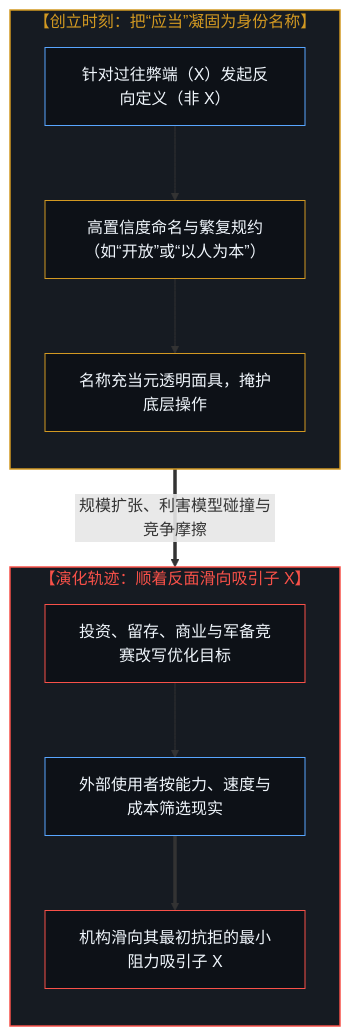
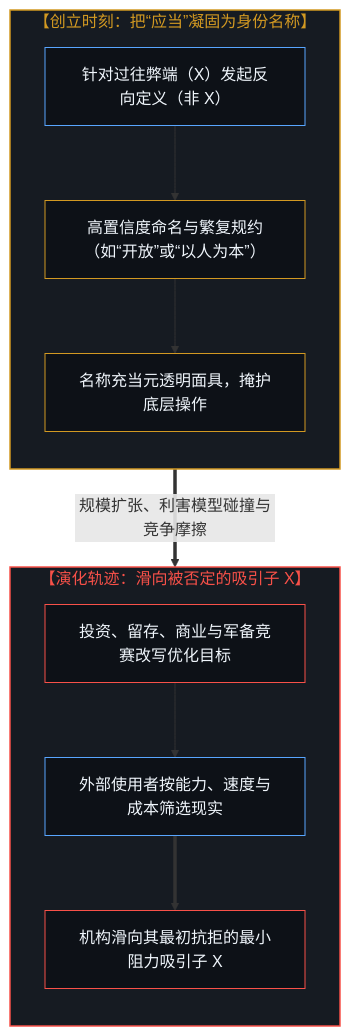
The first of 2 diagrams in content/posts/name-negation-tendency.md (powerpig99/not-a-toe), drawn with Mermaid before and after one commit. The commit also changed other lines of this file and 4 other files, not shown here.

````diff
--- a/content/posts/name-negation-tendency.md
+++ b/content/posts/name-negation-tendency.md
@@ -49,29 +39,26 @@
 ```mermaid
 flowchart TD
     subgraph S_Founding["【创立时刻：把“应当”凝固为身份名称】"]
         direction TB
         React["针对过往弊端（X）发起反向定义（非 X）"]
         HighConf["高置信度命名与繁复规约（如“开放”或“以人为本”）"]
         Mask["名称充当元透明面具，掩护底层操作"]
         React --> HighConf --> Mask
     end
-
     S_Founding ==>|"规模扩张、利害模型碰撞与竞争摩擦"| S_Inversion
-
-    subgraph S_Inversion["【演化轨迹：顺着反面滑向吸引子 X】"]
+    subgraph S_Inversion["【演化轨迹：滑向被否定的吸引子 X】"]
         direction TB
         Collision["投资、留存、商业与军备竞赛改写优化目标"]
         Actualizers["外部使用者按能力、速度与成本筛选现实"]
         Opposite["机构滑向其最初抗拒的最小阻力吸引子 X"]
         Collision --> Actualizers ==> Opposite
     end
-
     style S_Founding fill:#161b22,stroke:#d29922,stroke-width:1.5px,color:#d29922
     style S_Inversion fill:#161b22,stroke:#f85149,stroke-width:1.5px,color:#f85149
     style React fill:#0d1117,stroke:#58a6ff,stroke-width:1px,color:#f0f6fc
     style HighConf fill:#0d1117,stroke:#d29922,stroke-width:1px,color:#f0f6fc
     style Mask fill:#0d1117,stroke:#d29922,stroke-width:1px,color:#f0f6fc
     style Collision fill:#0d1117,stroke:#f85149,stroke-width:1px,color:#f0f6fc
     style Actualizers fill:#0d1117,stroke:#58a6ff,stroke-width:1px,color:#f0f6fc
     style Opposite fill:#0d1117,stroke:#f85149,stroke-width:1px,color:#f0f6fc
 ```
````
